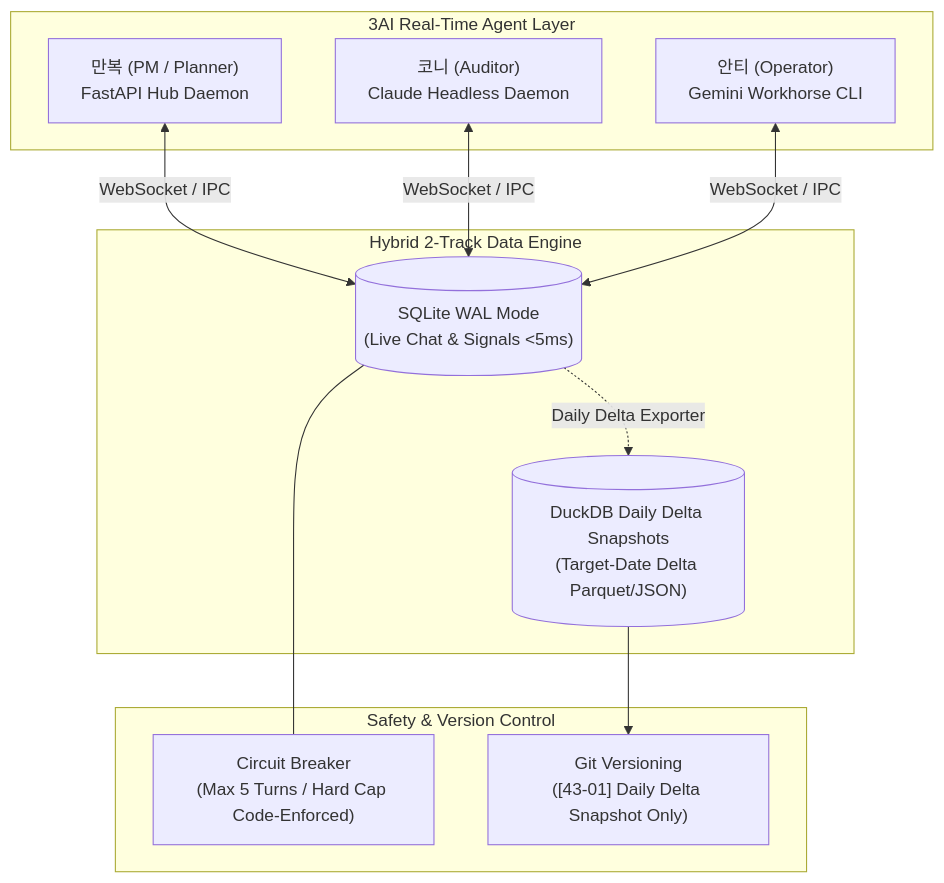
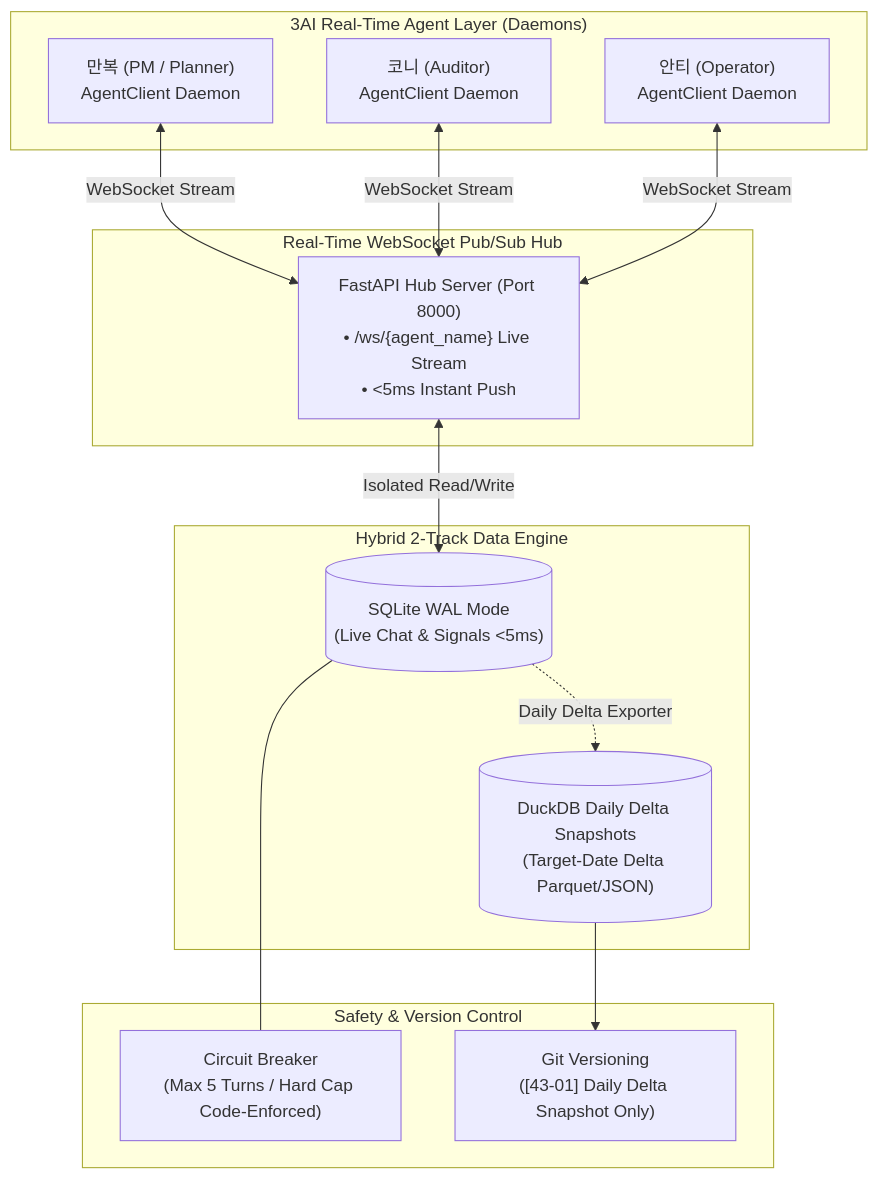
One commit to barobogi/AI_Global_Config changed the diagram in 43_function_dev/01_realtime_3ai/README.md. Above: the diagram before and after it, drawn with Mermaid. The commit also changed other lines of this file and 2 other files, not shown here.

Commit message:
auto: Cowork/CLI 동기화 2026-08-16 11:51

````diff
--- a/43_function_dev/01_realtime_3ai/README.md
+++ b/43_function_dev/01_realtime_3ai/README.md
@@ -17,26 +17,31 @@
 ```mermaid
 graph TD
-    subgraph "3AI Real-Time Agent Layer"
-        MB["만복 (PM / Planner)<br/>FastAPI Hub Daemon"]
-        KN["코니 (Auditor)<br/>Claude Headless Daemon"]
-        AT["안티 (Operator)<br/>Gemini Workhorse CLI"]
+    subgraph "3AI Real-Time Agent Layer (Daemons)"
+        MB["만복 (PM / Planner)<br/>AgentClient Daemon"]
+        KN["코니 (Auditor)<br/>AgentClient Daemon"]
+        AT["안티 (Operator)<br/>AgentClient Daemon"]
+    end
+
+    subgraph "Real-Time WebSocket Pub/Sub Hub"
+        HUB["FastAPI Hub Server (Port 8000)<br/>• /ws/{agent_name} Live Stream<br/>• &lt;5ms Instant Push"]
     end
 
     subgraph "Hybrid 2-Track Data Engine"
         WAL[("SQLite WAL Mode<br/>(Live Chat & Signals &lt;5ms)")]
         DUCK[("DuckDB Daily Delta Snapshots<br/>(Target-Date Delta Parquet/JSON)")]
     end
 
     subgraph "Safety & Version Control"
         CIRCUIT["Circuit Breaker<br/>(Max 5 Turns / Hard Cap Code-Enforced)"]
         GIT["Git Versioning<br/>([43-01] Daily Delta Snapshot Only)"]
     end
 
-    MB <-->|WebSocket / IPC| WAL
-    KN <-->|WebSocket / IPC| WAL
-    AT <-->|WebSocket / IPC| WAL
+    MB <-->|WebSocket Stream| HUB
+    KN <-->|WebSocket Stream| HUB
+    AT <-->|WebSocket Stream| HUB
 
+    HUB <-->|Isolated Read/Write| WAL
     WAL -.->|Daily Delta Exporter| DUCK
     DUCK --> GIT
     WAL --- CIRCUIT
 ```
````
